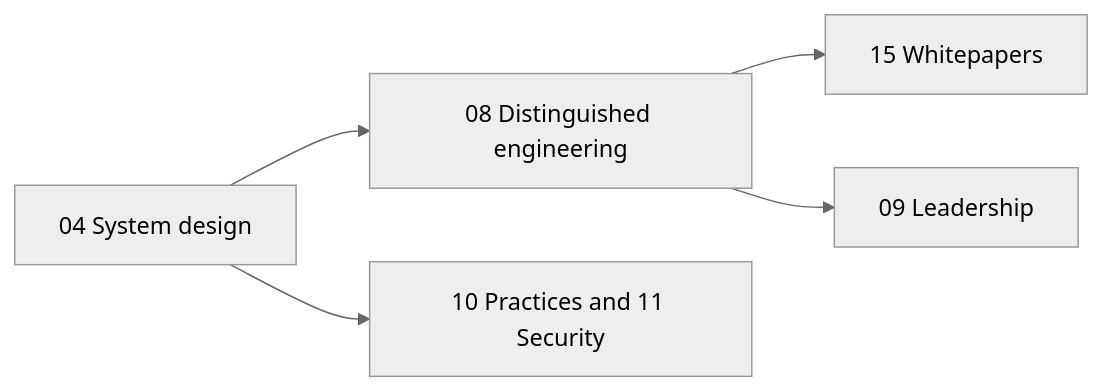
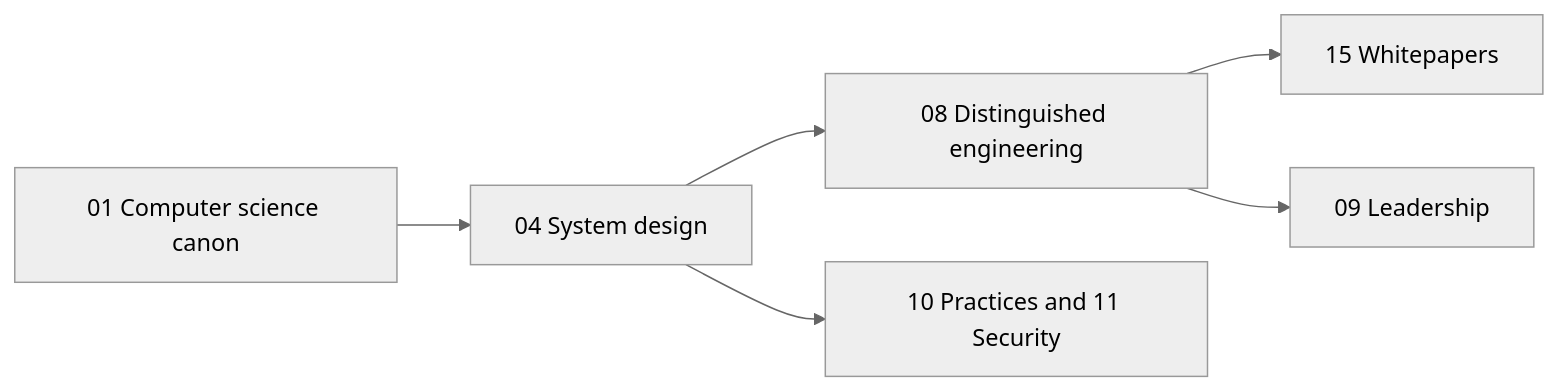
One commit to shreejitverma/SDE-Interview-Prep changed the fourth of 5 diagrams in 00-Start-Here/Roadmap.md. Above: the diagram before and after it, drawn with Mermaid (neutral theme). The commit also changed other lines of this file and 20 other files, not shown here.

````diff
--- a/00-Start-Here/Roadmap.md
+++ b/00-Start-Here/Roadmap.md
@@ -75,7 +75,8 @@
 ```mermaid
 flowchart LR
-    S["04 System design"] --> E["08 Distinguished engineering"]
+    Canon["01 Computer science canon"] --> S["04 System design"]
+    S --> E["08 Distinguished engineering"]
     E --> P["15 Whitepapers"]
     E --> Lead["09 Leadership"]
     S --> Ops["10 Practices and 11 Security"]
 ```
````
